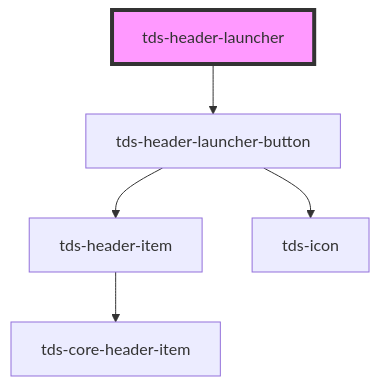
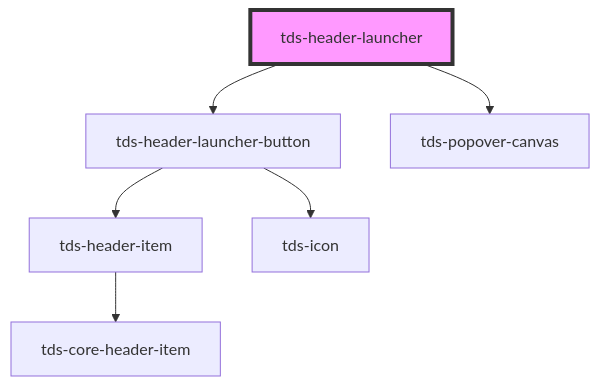
Before and after one commit to scania-digital-design-system/tegel: the diagram in core/src/components/header/header-launcher/readme.md, drawn with Mermaid. The commit also changed other lines of this file and 73 other files, not shown here.

````diff
--- a/core/src/components/header/header-launcher/readme.md
+++ b/core/src/components/header/header-launcher/readme.md
@@ -15,8 +16,9 @@
 ```mermaid
 graph TD;
   tds-header-launcher --> tds-header-launcher-button
+  tds-header-launcher --> tds-popover-canvas
   tds-header-launcher-button --> tds-header-item
   tds-header-launcher-button --> tds-icon
   tds-header-item --> tds-core-header-item
   style tds-header-launcher fill:#f9f,stroke:#333,stroke-width:4px
 ```
````
